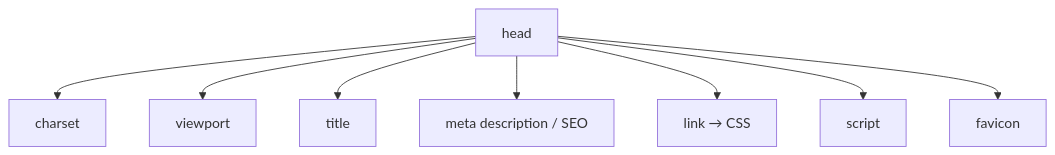
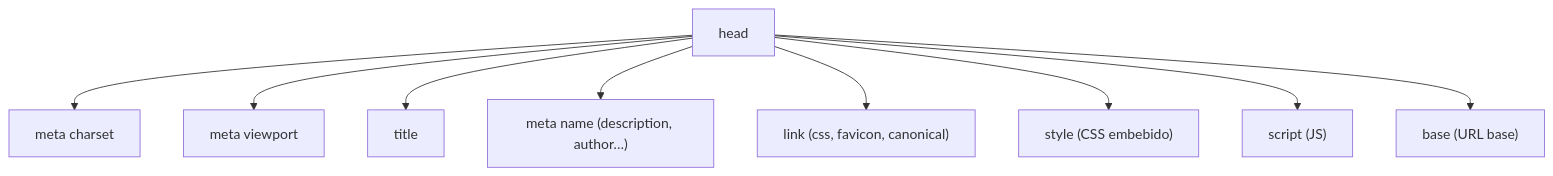
Before and after one commit to Pineapple-Mikael-Engineer/Frontend_Obsidian: the diagram in HTML/01 Estructura Documento/03 Cabecera (head)/index.md, drawn with Mermaid. The commit also changed other lines of this file and 35 other files, not shown here.

````diff
--- a/HTML/01 Estructura Documento/03 Cabecera (head)/index.md
+++ b/HTML/01 Estructura Documento/03 Cabecera (head)/index.md
@@ -38,10 +43,11 @@
 ```mermaid
 graph TD
-  HEAD[head] --> CH["charset"]
-  HEAD --> VP["viewport"]
+  HEAD[head] --> CH["meta charset"]
+  HEAD --> VP["meta viewport"]
   HEAD --> T[title]
-  HEAD --> DESC["meta description / SEO"]
-  HEAD --> CSS["link → CSS"]
-  HEAD --> JS["script"]
-  HEAD --> ICON["favicon"]
+  HEAD --> META["meta name (description, author…)"]
+  HEAD --> LINK["link (css, favicon, canonical)"]
+  HEAD --> STYLE["style (CSS embebido)"]
+  HEAD --> SCRIPT["script (JS)"]
+  HEAD --> BASE["base (URL base)"]
 ```
````
